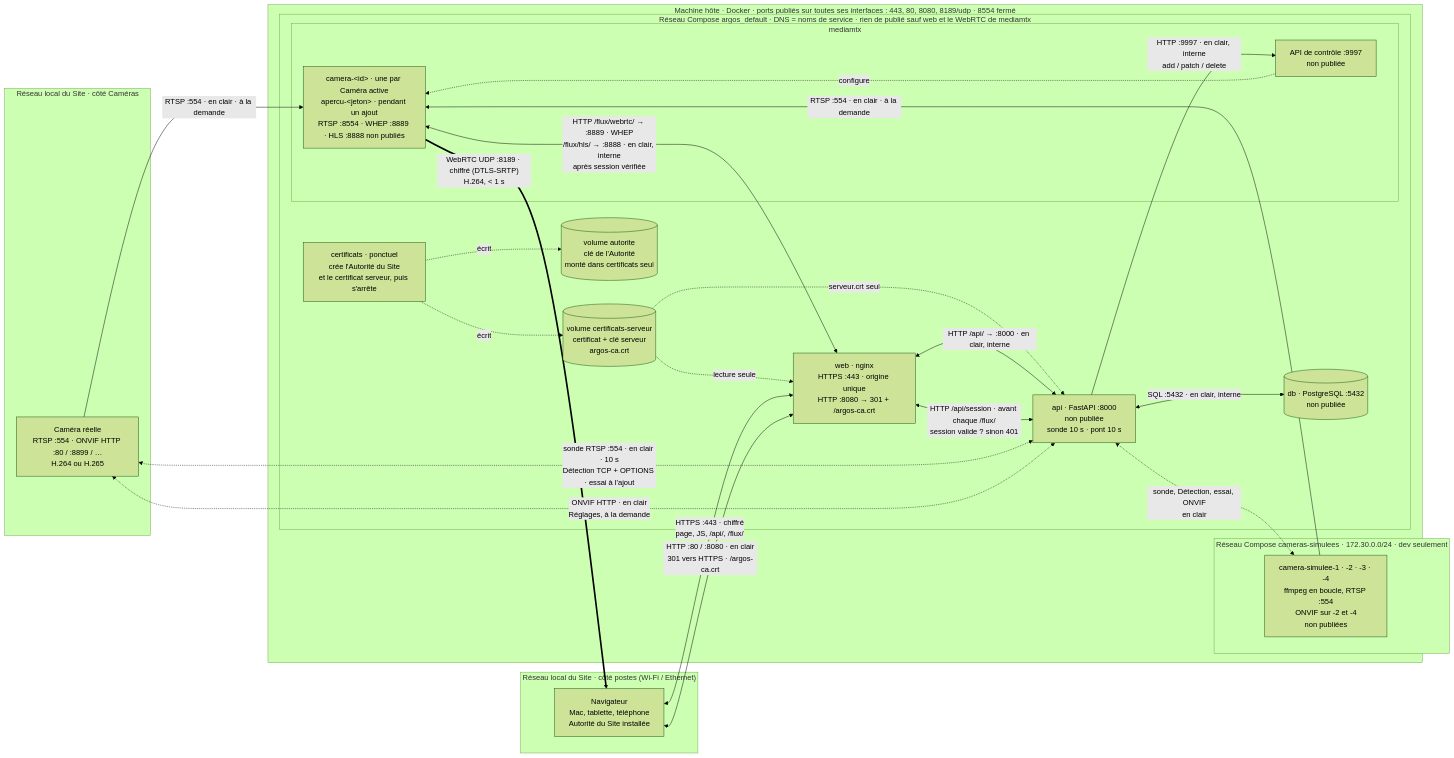
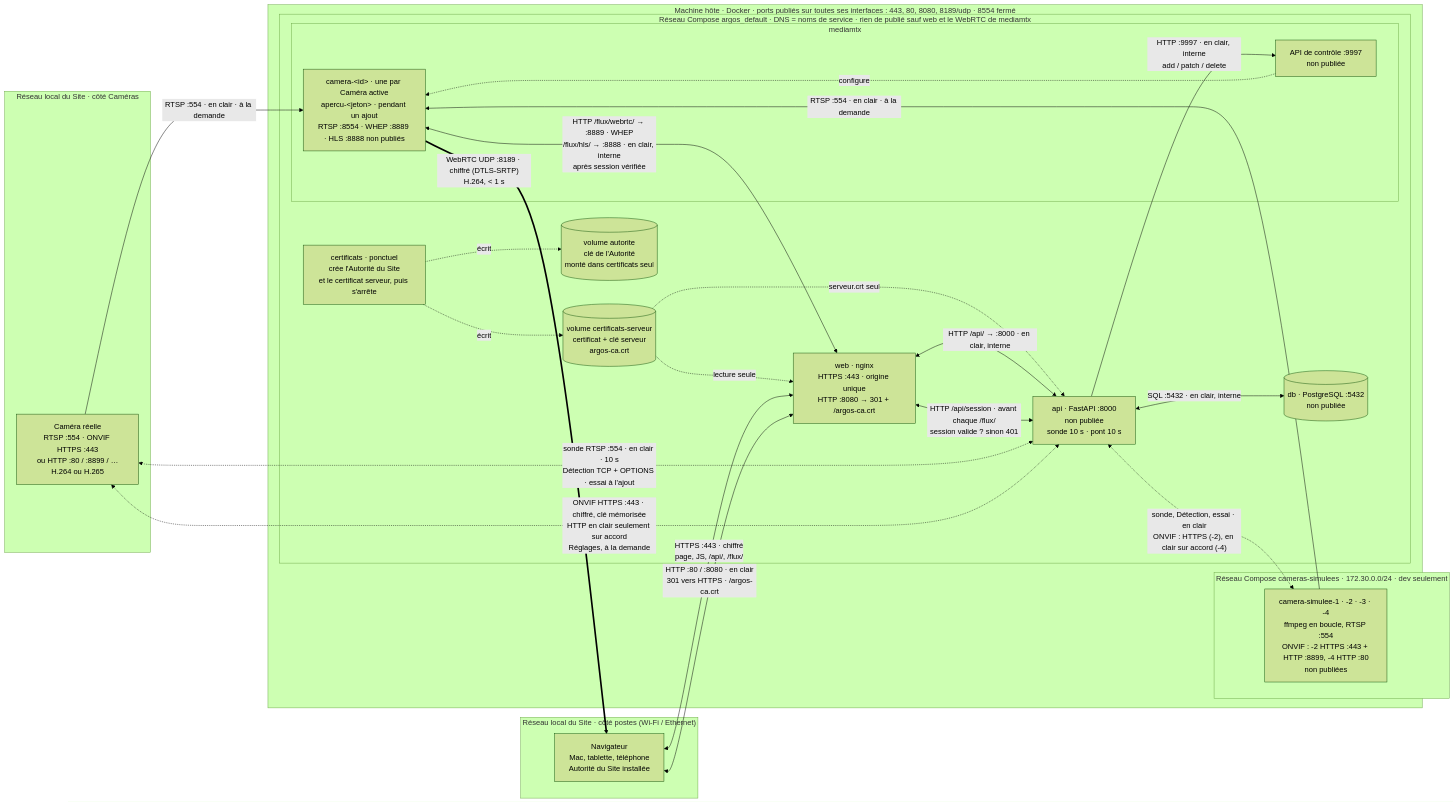
One commit to UlyssouLV/ArgOS changed the diagram in docs/features/reseau/schema-flux.md. Above: the diagram before and after it, drawn with Mermaid (forest theme). The commit also changed other lines of this file and 55 other files, not shown here.

````diff
--- a/docs/features/reseau/schema-flux.md
+++ b/docs/features/reseau/schema-flux.md
@@ -17,50 +17,50 @@
 ```mermaid
 flowchart LR
     subgraph LANC["Réseau local du Site · côté Caméras"]
-        CAMR["Caméra réelle<br/>RTSP :554 · ONVIF HTTP :80 / :8899 / …<br/>H.264 ou H.265"]
+        CAMR["Caméra réelle<br/>RTSP :554 · ONVIF HTTPS :443<br/>ou HTTP :80 / :8899 / …<br/>H.264 ou H.265"]
     end
 
     subgraph HOTE["Machine hôte · Docker · ports publiés sur toutes ses interfaces : 443, 80, 8080, 8189/udp · 8554 fermé"]
         subgraph SIMU["Réseau Compose cameras-simulees · 172.30.0.0/24 · dev seulement"]
-            SIM["camera-simulee-1 · -2 · -3 · -4<br/>ffmpeg en boucle, RTSP :554<br/>ONVIF sur -2 et -4<br/>non publiées"]
+            SIM["camera-simulee-1 · -2 · -3 · -4<br/>ffmpeg en boucle, RTSP :554<br/>ONVIF : -2 HTTPS :443 + HTTP :8899, -4 HTTP :80<br/>non publiées"]
         end
         subgraph COMPOSE["Réseau Compose argos_default · DNS = noms de service · rien de publié sauf web et le WebRTC de mediamtx"]
             CERT["certificats · ponctuel<br/>crée l'Autorité du Site<br/>et le certificat serveur, puis s'arrête"]
             VAUT[("volume autorite<br/>clé de l'Autorité<br/>monté dans certificats seul")]
             VSRV[("volume certificats-serveur<br/>certificat + clé serveur<br/>argos-ca.crt")]
             WEB["web · nginx<br/>HTTPS :443 · origine unique<br/>HTTP :8080 → 301 + /argos-ca.crt"]
             API["api · FastAPI :8000<br/>non publiée<br/>sonde 10 s · pont 10 s"]
             subgraph MTX["mediamtx"]
                 PONT["camera-&lt;id&gt; · une par Caméra active<br/>apercu-&lt;jeton&gt; · pendant un ajout<br/>RTSP :8554 · WHEP :8889 · HLS :8888 non publiés"]
                 CTRL["API de contrôle :9997<br/>non publiée"]
             end
             DB[("db · PostgreSQL :5432<br/>non publiée")]
         end
     end
 
     subgraph LANP["Réseau local du Site · côté postes (Wi-Fi / Ethernet)"]
         NAV["Navigateur<br/>Mac, tablette, téléphone<br/>Autorité du Site installée"]
     end
 
     CERT -. "écrit" .-> VAUT
     CERT -. "écrit" .-> VSRV
     VSRV -. "lecture seule" .-> WEB
     VSRV -. "serveur.crt seul" .-> API
 
     NAV <-- "HTTPS :443 · chiffré<br/>page, JS, /api/, /flux/" --> WEB
     NAV <-- "HTTP :80 / :8080 · en clair<br/>301 vers HTTPS · /argos-ca.crt" --> WEB
     WEB <-- "HTTP /api/ → :8000 · en clair, interne" --> API
     WEB <-- "HTTP /api/session · avant chaque /flux/<br/>session valide ? sinon 401" --> API
     WEB <-- "HTTP /flux/webrtc/ → :8889 · WHEP<br/>/flux/hls/ → :8888 · en clair, interne<br/>après session vérifiée" --> PONT
     PONT == "WebRTC UDP :8189 · chiffré (DTLS-SRTP)<br/>H.264, < 1 s" ==> NAV
 
     CAMR -- "RTSP :554 · en clair · à la demande" --> PONT
     SIM -- "RTSP :554 · en clair · à la demande" --> PONT
 
     API -- "HTTP :9997 · en clair, interne<br/>add / patch / delete" --> CTRL
     CTRL -. configure .-> PONT
     API <-- "SQL :5432 · en clair, interne" --> DB
     API <-. "sonde RTSP :554 · en clair · 10 s<br/>Détection TCP + OPTIONS · essai à l'ajout" .-> CAMR
-    API <-. "ONVIF HTTP · en clair<br/>Réglages, à la demande" .-> CAMR
-    API <-. "sonde, Détection, essai, ONVIF<br/>en clair" .-> SIM
+    API <-. "ONVIF HTTPS :443 · chiffré, clé mémorisée<br/>HTTP en clair seulement sur accord<br/>Réglages, à la demande" .-> CAMR
+    API <-. "sonde, Détection, essai · en clair<br/>ONVIF : HTTPS (-2), en clair sur accord (-4)" .-> SIM
 ```
````
